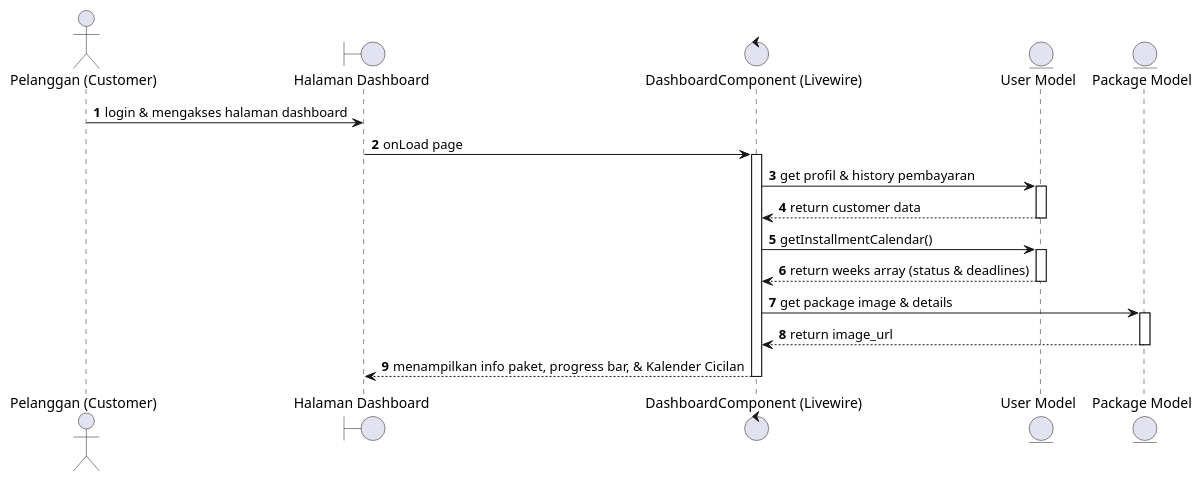
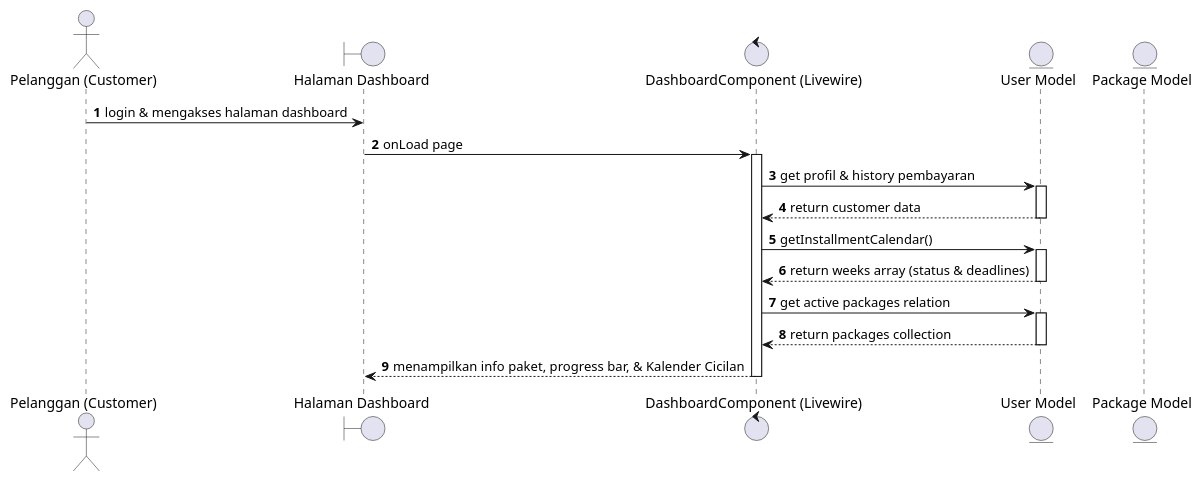
The diagram in docs/sequence-lihat-dashboard-pelanggan.puml (asepwahyudi1/lebaran-fund-management), drawn with PlantUML before and after one commit. The commit also changed 4 other files, not shown here.

Commit message:
refactor: update architecture documentation to support many-to-many package relations and cart checkout functionality

```diff
--- a/docs/sequence-lihat-dashboard-pelanggan.puml
+++ b/docs/sequence-lihat-dashboard-pelanggan.puml
@@ -1,32 +1,32 @@
 @startuml Sequence Diagram - Lihat Dashboard Pelanggan
 
 autonumber
 
 actor "Pelanggan (Customer)" as customer
 boundary "Halaman Dashboard" as view
 control "DashboardComponent (Livewire)" as controller
 entity "User Model" as user
 entity "Package Model" as package
 
 customer -> view : login & mengakses halaman dashboard
 view -> controller : onLoad page
 activate controller
 controller -> user : get profil & history pembayaran
 activate user
 user --> controller : return customer data
 deactivate user
 
 controller -> user : getInstallmentCalendar()
 activate user
 user --> controller : return weeks array (status & deadlines)
 deactivate user
 
-controller -> package : get package image & details
-activate package
-package --> controller : return image_url
-deactivate package
+controller -> user : get active packages relation
+activate user
+user --> controller : return packages collection
+deactivate user
 
 controller --> view : menampilkan info paket, progress bar, & Kalender Cicilan
 deactivate controller
 
 @endum
```
